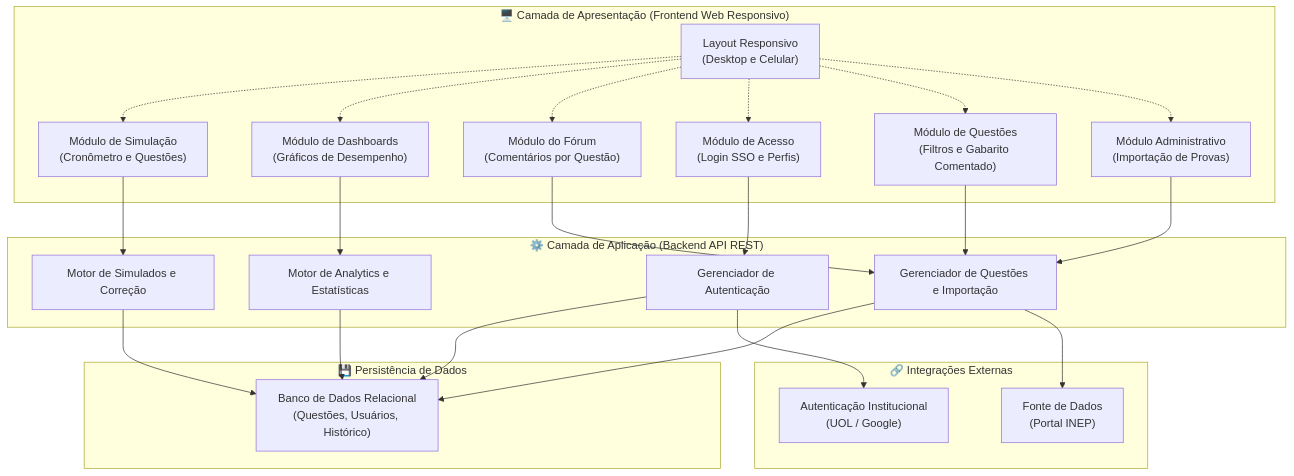
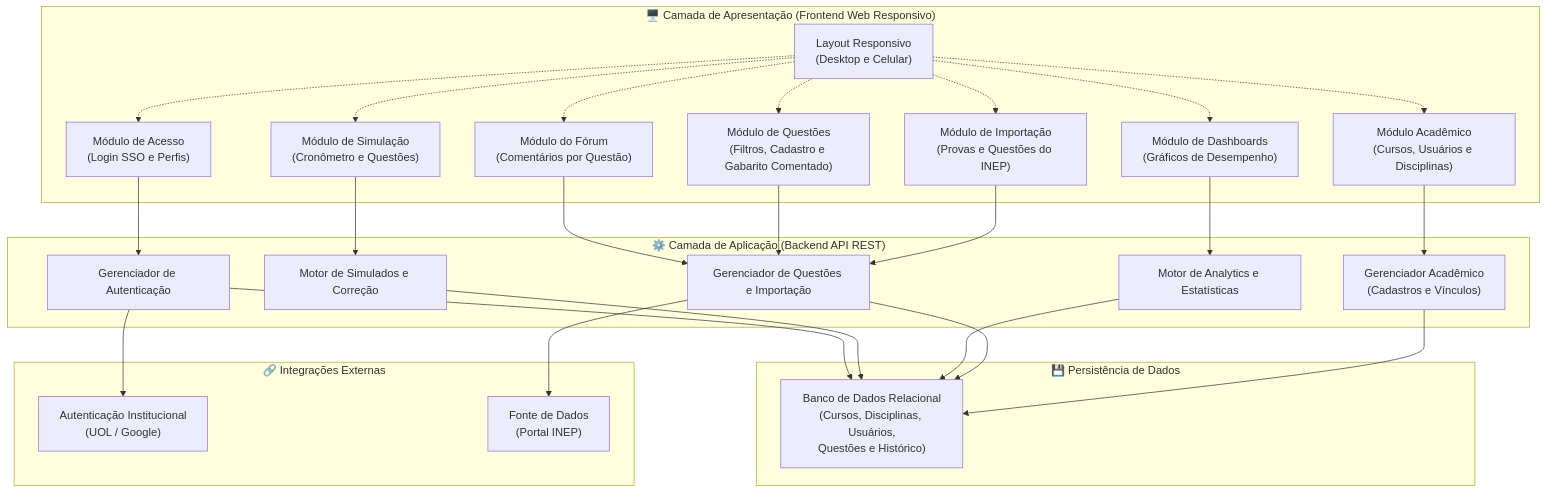
Before and after one commit to Petroievysk/requisitos-2026-02-EQUIPE01: the second of 4 diagrams in docs/p1/02_diagramas_uml.md, drawn with Mermaid. The commit also changed other lines of this file, not shown here.

Commit message:
Revise UML diagrams for Sprint 1 artifacts

````diff
--- a/docs/p1/02_diagramas_uml.md
+++ b/docs/p1/02_diagramas_uml.md
@@ -63,52 +69,57 @@
 ```mermaid
 graph TB
     subgraph Camada_Cliente["🖥️ Camada de Apresentação (Frontend Web Responsivo)"]
         UI_Layout["Layout Responsivo<br/>(Desktop e Celular)"]
         UI_Acesso["Módulo de Acesso<br/>(Login SSO e Perfis)"]
-        UI_Banco["Módulo de Questões<br/>(Filtros e Gabarito Comentado)"]
+        UI_Banco["Módulo de Questões<br/>(Filtros, Cadastro e Gabarito Comentado)"]
         UI_Simulado["Módulo de Simulação<br/>(Cronômetro e Questões)"]
         UI_Dashboard["Módulo de Dashboards<br/>(Gráficos de Desempenho)"]
         UI_Forum["Módulo do Fórum<br/>(Comentários por Questão)"]
-        UI_Admin["Módulo Administrativo<br/>(Importação de Provas)"]
+        UI_Admin["Módulo de Importação<br/>(Provas e Questões do INEP)"]
+        UI_Academico["Módulo Acadêmico<br/>(Cursos, Usuários e Disciplinas)"]
     end
  
     subgraph Camada_Servidor["⚙️ Camada de Aplicação (Backend API REST)"]
         Auth["Gerenciador de Autenticação"]
         Motor["Motor de Simulados e Correção"]
         Analytics["Motor de Analytics e Estatísticas"]
         Conteudo["Gerenciador de Questões e Importação"]
+        Academico["Gerenciador Acadêmico<br/>(Cadastros e Vínculos)"]
     end
  
     subgraph Camada_Dados["💾 Persistência de Dados"]
-        DB["Banco de Dados Relacional<br/>(Questões, Usuários, Histórico)"]
+        DB["Banco de Dados Relacional<br/>(Cursos, Disciplinas, Usuários,<br/>Questões e Histórico)"]
     end
  
     subgraph Sistemas_Externos["🔗 Integrações Externas"]
         API_SSO["Autenticação Institucional<br/>(UOL / Google)"]
         API_INEP["Fonte de Dados<br/>(Portal INEP)"]
     end
  
     %% Conexões Frontend -> Backend
     UI_Simulado --> Motor
     UI_Dashboard --> Analytics
     UI_Forum --> Conteudo
     UI_Acesso --> Auth
     UI_Banco --> Conteudo
     UI_Admin --> Conteudo
+    UI_Academico --> Academico
     UI_Layout -.-> UI_Simulado
     UI_Layout -.-> UI_Dashboard
     UI_Layout -.-> UI_Forum
     UI_Layout -.-> UI_Acesso
     UI_Layout -.-> UI_Banco
     UI_Layout -.-> UI_Admin
+    UI_Layout -.-> UI_Academico
  
     %% Conexões Backend -> Dados
     Auth --> DB
     Motor --> DB
     Analytics --> DB
     Conteudo --> DB
+    Academico --> DB
  
     %% Conexões Backend -> Externo
     Auth --> API_SSO
     Conteudo --> API_INEP
 ```
````
